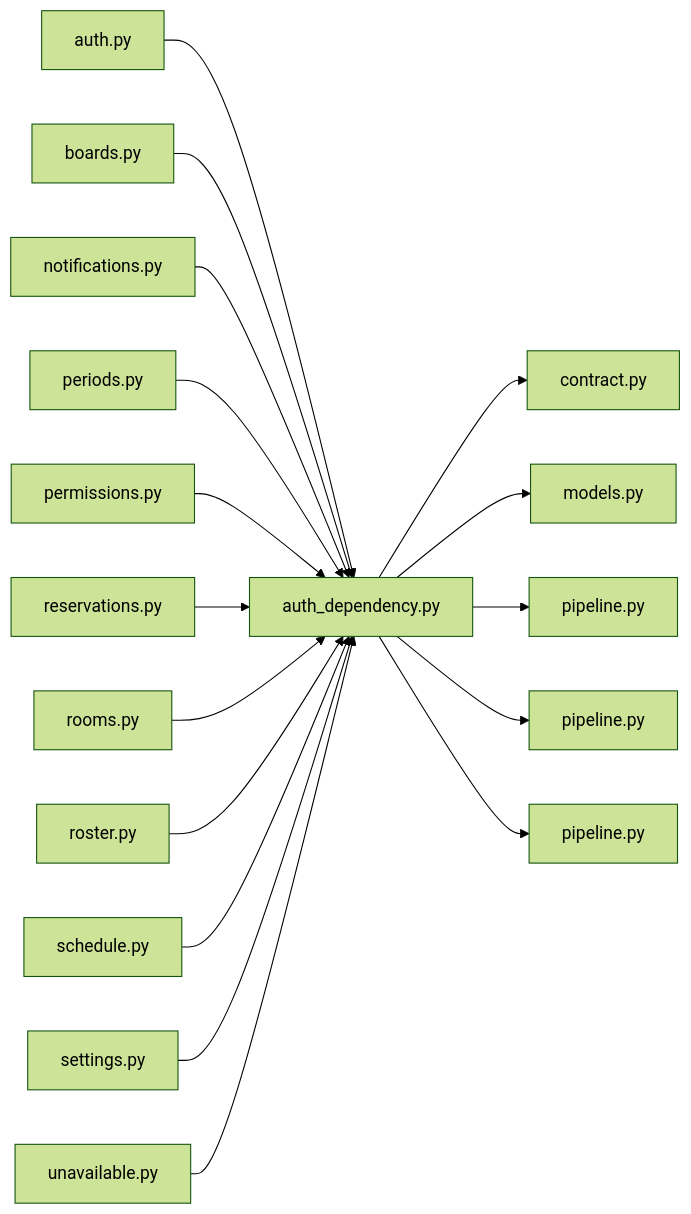
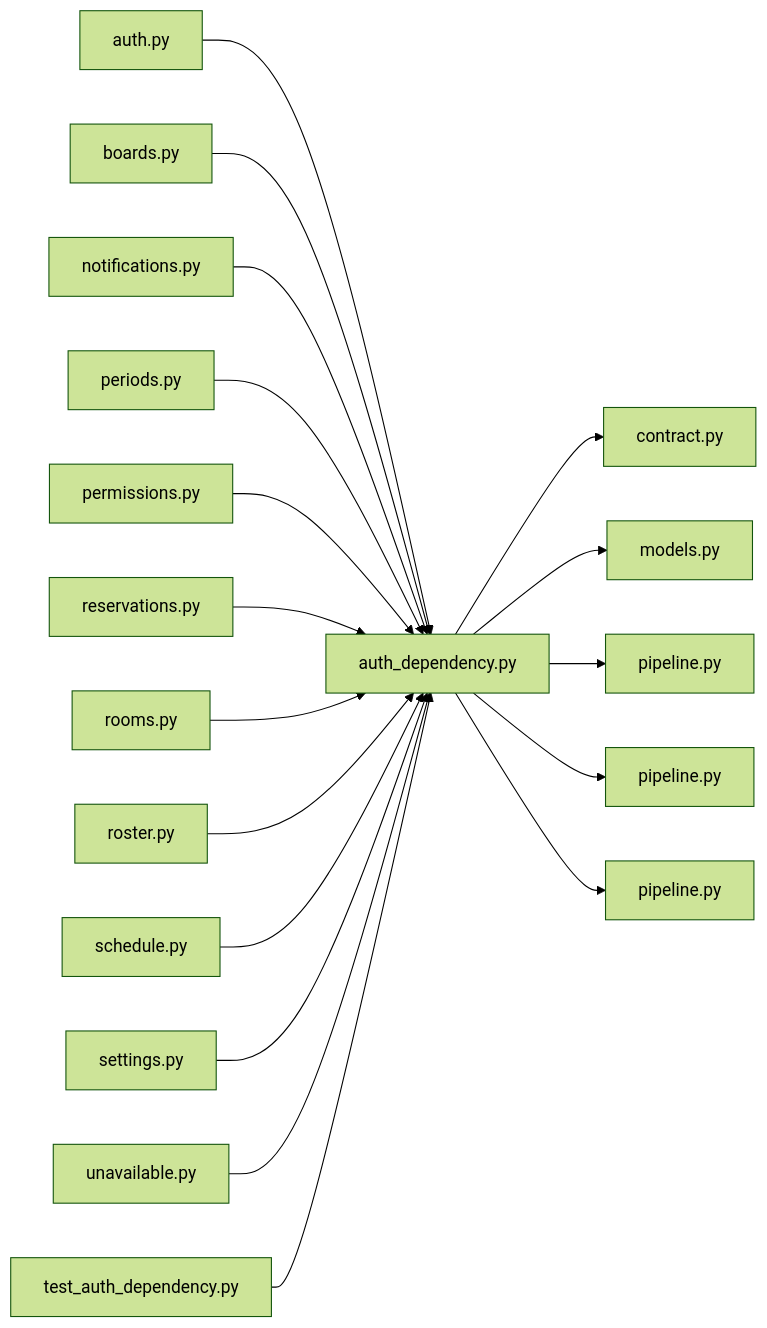
Before and after one commit to minkong-dev/Banblit: the diagram in .cluedoc/graph/backend/src/backend/api/auth_dependency.md, drawn with Mermaid (forest theme). The commit also changed other lines of this file and 35 other files, not shown here.

````diff
--- a/.cluedoc/graph/backend/src/backend/api/auth_dependency.md
+++ b/.cluedoc/graph/backend/src/backend/api/auth_dependency.md
@@ -10,20 +10,21 @@
 ```mermaid
 flowchart LR
   backend_src_backend_api_auth_dependency["auth_dependency.py"]
   backend_src_backend_api_auth_dependency --> backend_src_backend_contract["contract.py"]
   backend_src_backend_api_auth_dependency --> backend_src_backend_db_models["models.py"]
   backend_src_backend_api_auth_dependency --> backend_src_backend_db_pipeline["pipeline.py"]
   backend_src_backend_api_auth_dependency --> backend_src_backend_services_auth_pipeline["pipeline.py"]
   backend_src_backend_api_auth_dependency --> backend_src_backend_services_permission_pipeline["pipeline.py"]
   backend_src_backend_api_routers_auth["auth.py"] --> backend_src_backend_api_auth_dependency
   backend_src_backend_api_routers_boards["boards.py"] --> backend_src_backend_api_auth_dependency
   backend_src_backend_api_routers_notifications["notifications.py"] --> backend_src_backend_api_auth_dependency
   backend_src_backend_api_routers_periods["periods.py"] --> backend_src_backend_api_auth_dependency
   backend_src_backend_api_routers_permissions["permissions.py"] --> backend_src_backend_api_auth_dependency
   backend_src_backend_api_routers_reservations["reservations.py"] --> backend_src_backend_api_auth_dependency
   backend_src_backend_api_routers_rooms["rooms.py"] --> backend_src_backend_api_auth_dependency
   backend_src_backend_api_routers_roster["roster.py"] --> backend_src_backend_api_auth_dependency
   backend_src_backend_api_routers_schedule["schedule.py"] --> backend_src_backend_api_auth_dependency
   backend_src_backend_api_routers_settings["settings.py"] --> backend_src_backend_api_auth_dependency
   backend_src_backend_api_routers_unavailable["unavailable.py"] --> backend_src_backend_api_auth_dependency
+  backend_tests_unit_test_auth_dependency["test_auth_dependency.py"] --> backend_src_backend_api_auth_dependency
 ```
````
